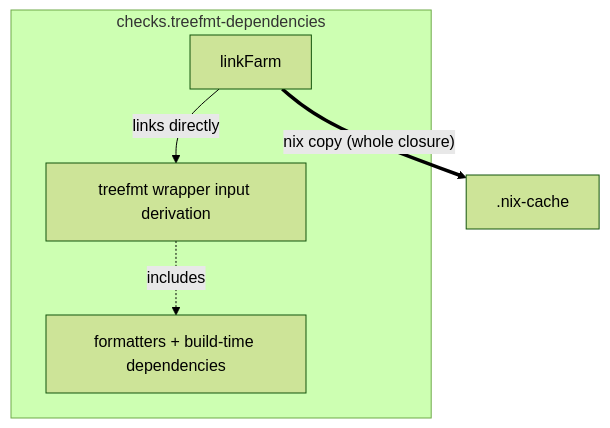
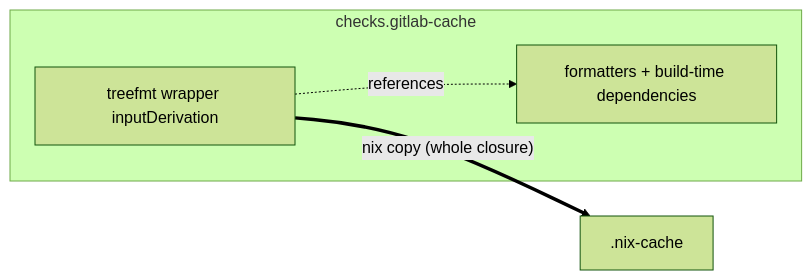
The third of 3 diagrams in content/posts/random/2026-10-04-nixcon-2026.md (drupol/not-a-number.io), drawn with Mermaid (forest theme) before and after one commit. The commit also changed other lines of this file, not shown here.

```diff
--- a/content/posts/random/2026-10-04-nixcon-2026.md
+++ b/content/posts/random/2026-10-04-nixcon-2026.md
@@ -395,8 +386,7 @@
 {{< mermaid >}}
-flowchart TB
-subgraph depsSub["checks.treefmt-dependencies"]
-DEPS["linkFarm"] -- "links directly" --> TOOLS2["treefmt wrapper input derivation"]
-TOOLS2 -. "includes" .-> FMT["formatters + build-time dependencies"]
+flowchart LR
+subgraph depsSub["checks.gitlab-cache"]
+DEPS["treefmt wrapper inputDerivation"] -. "references" .-> FMT["formatters + build-time dependencies"]
 end
 DEPS == "nix copy (whole closure)" ==> CACHE[".nix-cache"]
 {{< /mermaid >}}
```
